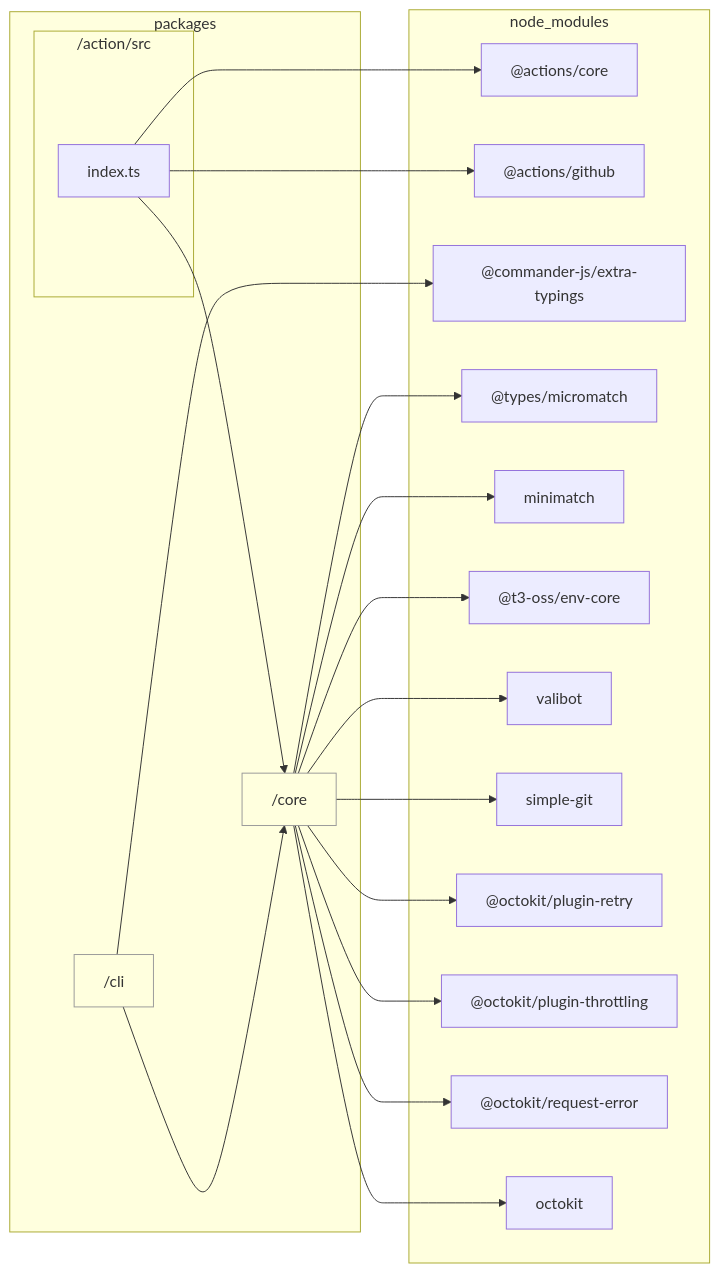
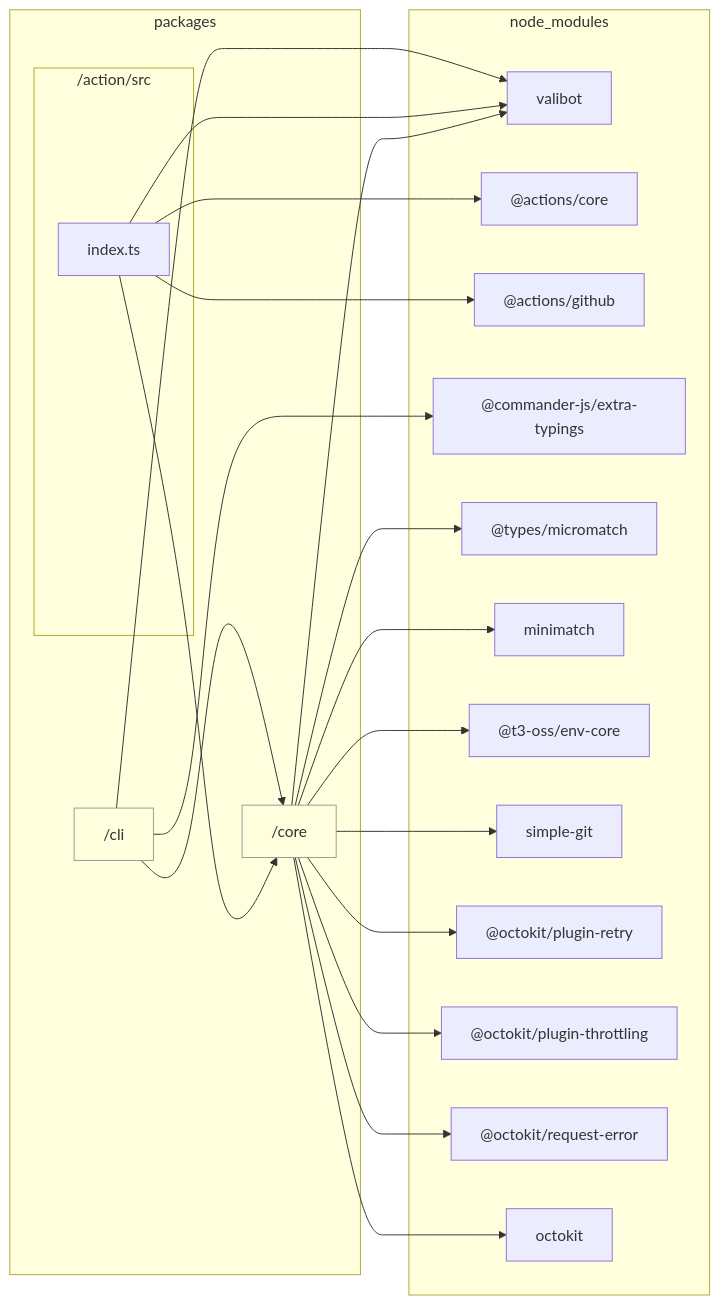
Before and after one commit to sugurutakahashi-1234/issue-linker: the diagram in docs/reports/dependencies/action.md, drawn with Mermaid. The commit also changed 24 other files, not shown here.

First line of the commit message:
feat: integrate valibot for option validation across packages [deps-change]

````diff
--- a/docs/reports/dependencies/action.md
+++ b/docs/reports/dependencies/action.md
@@ -7,39 +7,41 @@
 ```mermaid
 flowchart LR
     classDef dir fill:#0000,stroke:#999
     subgraph packages["packages"]
         packages/core["/core"]:::dir
         packages/cli["/cli"]:::dir
         subgraph packages/action/src["/action/src"]
             packages/action/src/index.ts["index.ts"]
         end
     end
     subgraph node//modules["node_modules"]
+        node//modules/valibot/dist/index.d.cts["valibot"]
         node//modules///actions/core/lib/core.d.ts["@actions/core"]
         node//modules///actions/github/lib/github.d.ts["@actions/github"]
         node//modules///commander//js/extra//typings/index.d.ts["@commander-js/extra-typings"]
         node//modules///types/micromatch/index.d.ts["@types/micromatch"]
         node//modules/minimatch/dist/commonjs/index.d.ts["minimatch"]
         node//modules///t3//oss/env//core/dist/index.d.ts["@t3-oss/env-core"]
-        node//modules/valibot/dist/index.d.cts["valibot"]
         node//modules/simple//git/dist/typings/index.d.ts["simple-git"]
         node//modules///octokit/plugin//retry/dist//types/index.d.ts["@octokit/plugin-retry"]
         node//modules///octokit/plugin//throttling/dist//types/index.d.ts["@octokit/plugin-throttling"]
         node//modules///octokit/request//error/dist//types/index.d.ts["@octokit/request-error"]
         node//modules/octokit/dist//types/index.d.ts["octokit"]
     end
+    packages/core-->node//modules/valibot/dist/index.d.cts
     packages/action/src/index.ts-->node//modules///actions/core/lib/core.d.ts
     packages/action/src/index.ts-->node//modules///actions/github/lib/github.d.ts
     packages/action/src/index.ts-->packages/core
+    packages/action/src/index.ts-->node//modules/valibot/dist/index.d.cts
     packages/cli-->node//modules///commander//js/extra//typings/index.d.ts
     packages/cli-->packages/core
+    packages/cli-->node//modules/valibot/dist/index.d.cts
     packages/core-->node//modules///types/micromatch/index.d.ts
     packages/core-->node//modules/minimatch/dist/commonjs/index.d.ts
     packages/core-->node//modules///t3//oss/env//core/dist/index.d.ts
-    packages/core-->node//modules/valibot/dist/index.d.cts
     packages/core-->node//modules/simple//git/dist/typings/index.d.ts
     packages/core-->node//modules///octokit/plugin//retry/dist//types/index.d.ts
     packages/core-->node//modules///octokit/plugin//throttling/dist//types/index.d.ts
     packages/core-->node//modules///octokit/request//error/dist//types/index.d.ts
     packages/core-->node//modules/octokit/dist//types/index.d.ts
 ```
````
